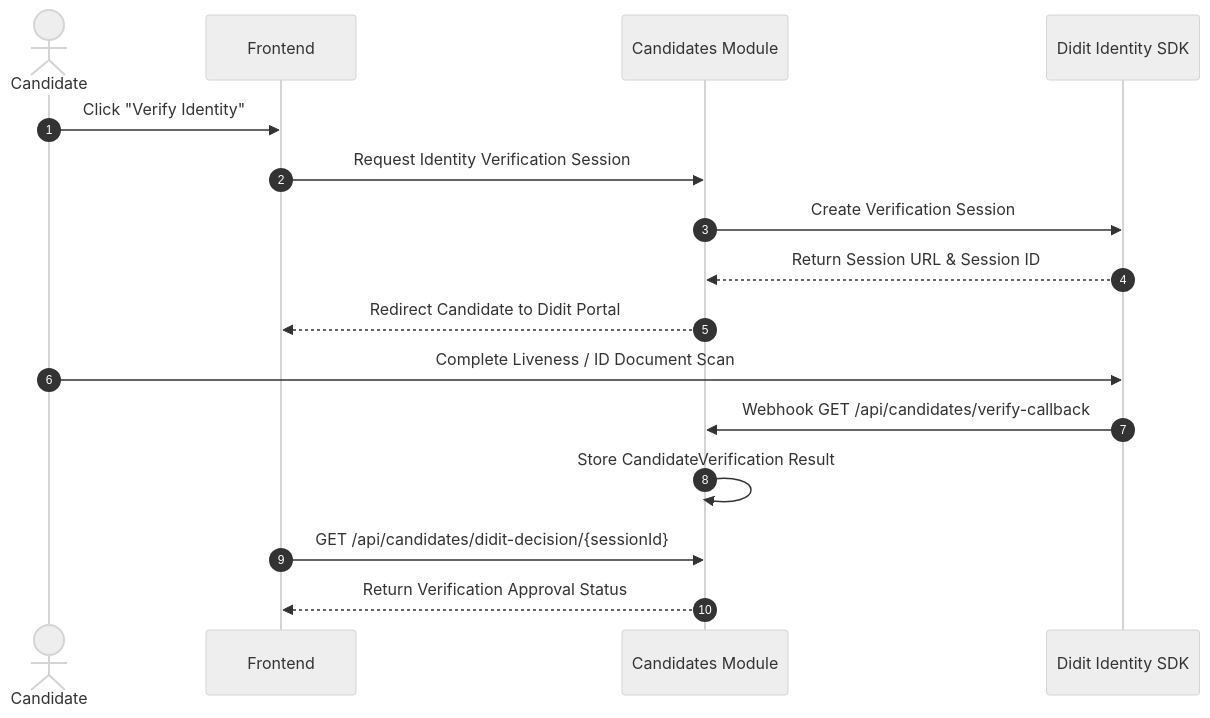
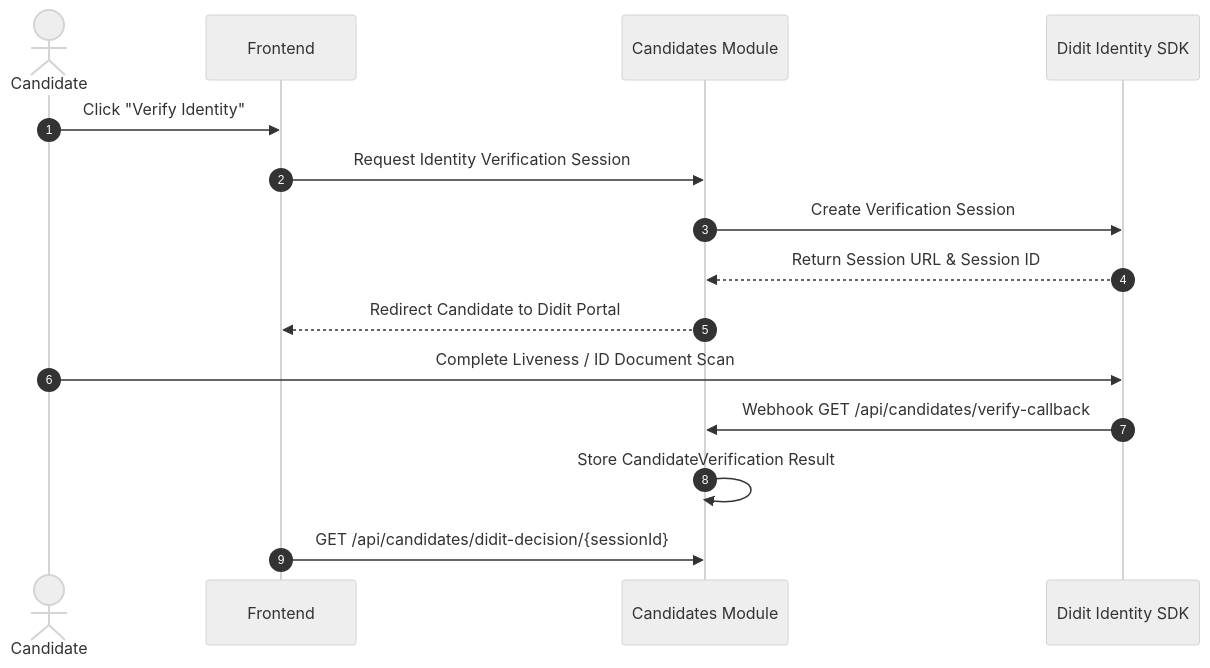
Before and after one commit to S1nju/candidate-managment-system: the fifth of 6 diagrams in README.md, drawn with Mermaid (neutral theme). The commit also changed other lines of this file, not shown here.

Commit message:
docs: add deployment diagram to README

````diff
--- a/README.md
+++ b/README.md
@@ -268,19 +268,18 @@
 ```mermaid
 sequenceDiagram
     autonumber
     actor Cand as Candidate
     participant FE as Frontend
     participant API as Candidates Module
     participant Didit as Didit Identity SDK
 
     Cand->>FE: Click "Verify Identity"
     FE->>API: Request Identity Verification Session
     API->>Didit: Create Verification Session
     Didit-->>API: Return Session URL & Session ID
     API-->>FE: Redirect Candidate to Didit Portal
     Cand->>Didit: Complete Liveness / ID Document Scan
     Didit->>API: Webhook GET /api/candidates/verify-callback
     API->>API: Store CandidateVerification Result
     FE->>API: GET /api/candidates/didit-decision/{sessionId}
-    API-->>FE: Return Verification Approval Status
 ```
````
